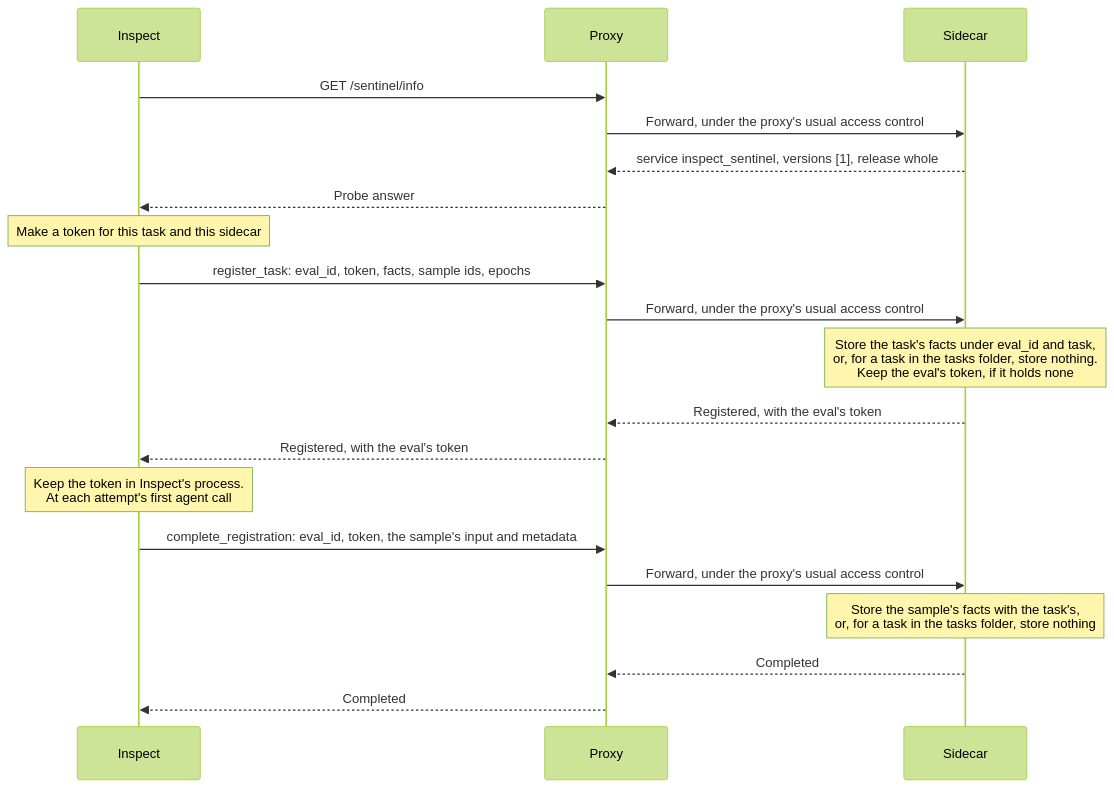
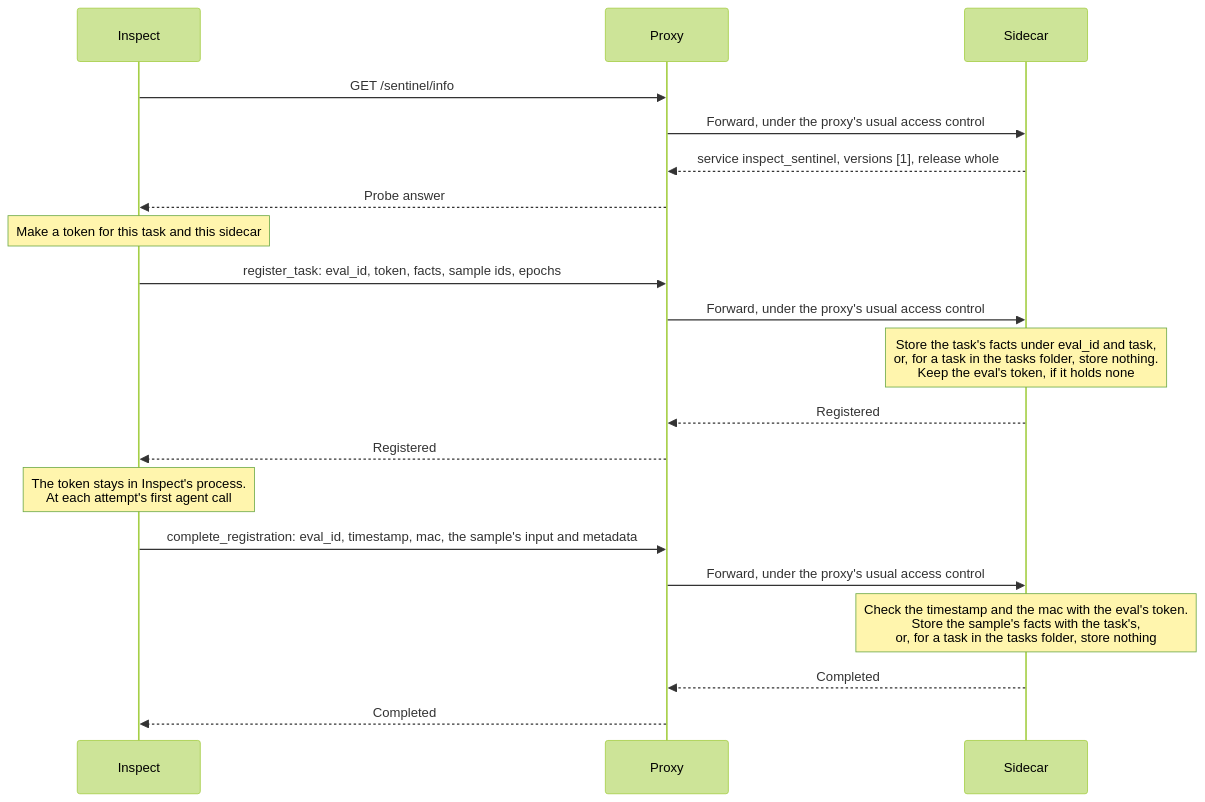
The second of 9 diagrams in design/sidecar.md (meridianlabs-ai/inspect_sentinel), drawn with Mermaid (forest theme) before and after one commit. The commit also changed other lines of this file and 25 other files, not shown here.

````diff
--- a/design/sidecar.md
+++ b/design/sidecar.md
@@ -1006,22 +1048,22 @@
 ```mermaid
 sequenceDiagram
     participant I as Inspect
     participant P as Proxy
     participant S as Sidecar
     I->>P: GET /sentinel/info
     P->>S: Forward, under the proxy's usual access control
     S-->>P: service inspect_sentinel, versions [1], release whole
     P-->>I: Probe answer
     Note over I: Make a token for this task and this sidecar
     I->>P: register_task: eval_id, token, facts, sample ids, epochs
     P->>S: Forward, under the proxy's usual access control
     Note over S: Store the task's facts under eval_id and task,<br/>or, for a task in the tasks folder, store nothing.<br/>Keep the eval's token, if it holds none
-    S-->>P: Registered, with the eval's token
-    P-->>I: Registered, with the eval's token
-    Note over I: Keep the token in Inspect's process.<br/>At each attempt's first agent call
-    I->>P: complete_registration: eval_id, token, the sample's input and metadata
+    S-->>P: Registered
+    P-->>I: Registered
+    Note over I: The token stays in Inspect's process.<br/>At each attempt's first agent call
+    I->>P: complete_registration: eval_id, timestamp, mac, the sample's input and metadata
     P->>S: Forward, under the proxy's usual access control
-    Note over S: Store the sample's facts with the task's,<br/>or, for a task in the tasks folder, store nothing
+    Note over S: Check the timestamp and the mac with the eval's token.<br/>Store the sample's facts with the task's,<br/>or, for a task in the tasks folder, store nothing
     S-->>P: Completed
     P-->>I: Completed
 ```
````
